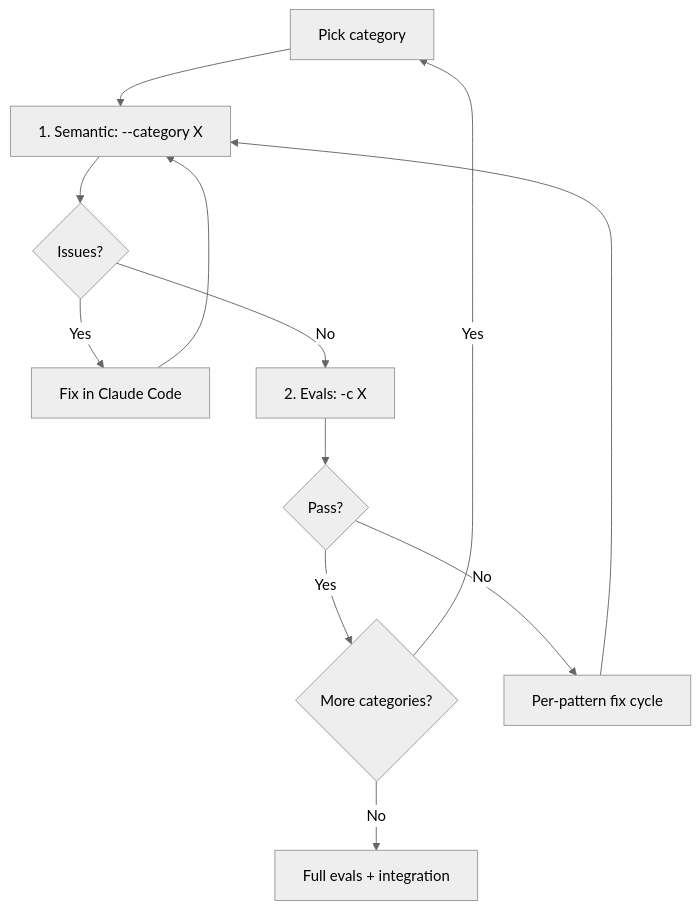
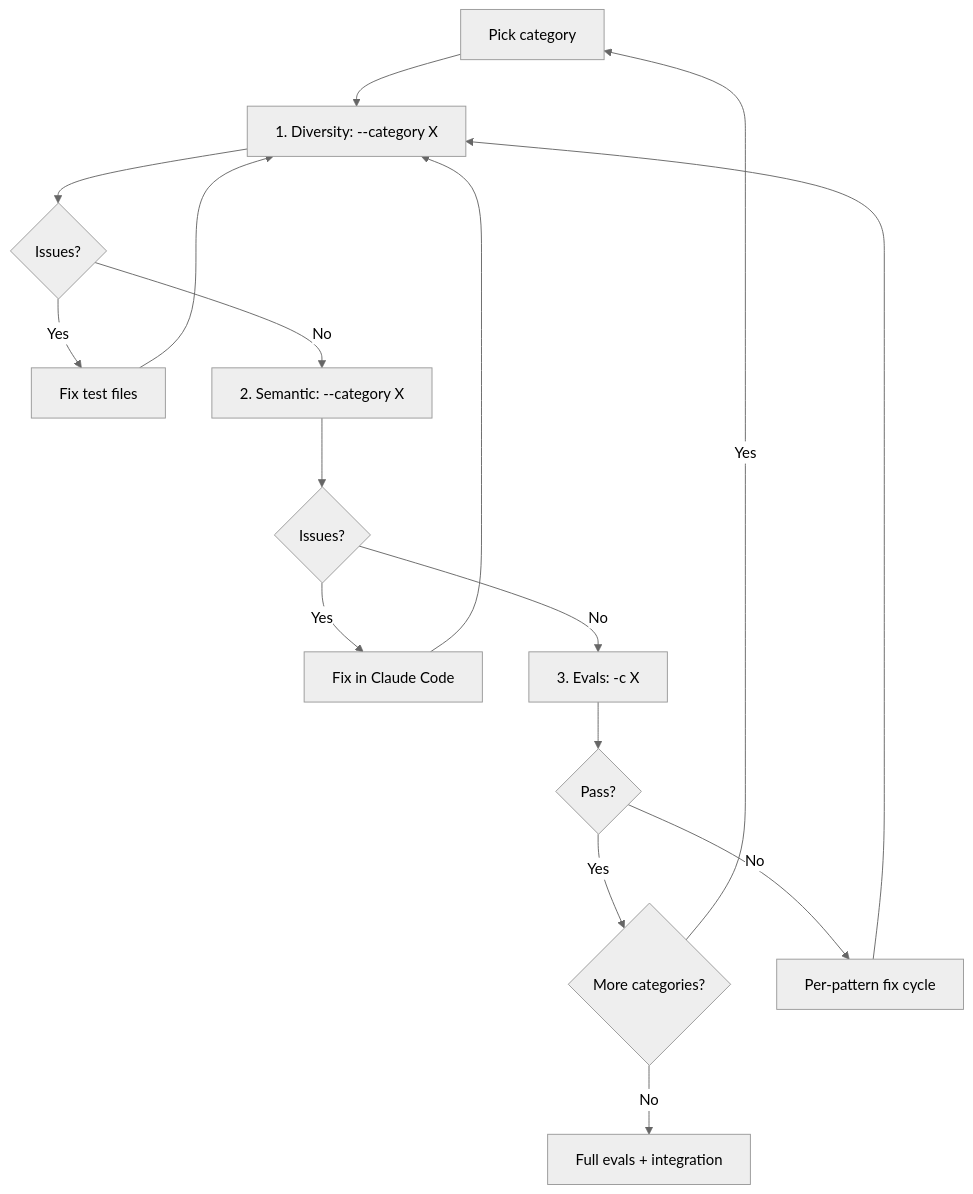
The second of 2 diagrams in docs_dev_genai/CONTINUOUS_IMPROVEMENT.md (ssamsonau/scicode-lint), drawn with Mermaid (neutral theme) before and after one commit. The commit also changed other lines of this file and 465 other files, not shown here.

Commit message:
v0.2.1: analyze command, name-based detection, full pattern review

````diff
--- a/docs_dev_genai/CONTINUOUS_IMPROVEMENT.md
+++ b/docs_dev_genai/CONTINUOUS_IMPROVEMENT.md
@@ -99,14 +116,18 @@
 ```mermaid
 flowchart TD
-    A[Pick category] --> B[1. Semantic: --category X]
+    A[Pick category] --> B[1. Diversity: --category X]
     B --> C{Issues?}
-    C -->|Yes| D[Fix in Claude Code]
-    C -->|No| E[2. Evals: -c X]
+    C -->|Yes| D[Fix test files]
+    C -->|No| E[2. Semantic: --category X]
     D --> B
-    E --> F{Pass?}
-    F -->|Yes| G{More categories?}
-    F -->|No| H[Per-pattern fix cycle]
-    H --> B
-    G -->|Yes| A
-    G -->|No| I[Full evals + integration]
+    E --> F{Issues?}
+    F -->|Yes| G[Fix in Claude Code]
+    F -->|No| H[3. Evals: -c X]
+    G --> B
+    H --> I{Pass?}
+    I -->|Yes| J{More categories?}
+    I -->|No| K[Per-pattern fix cycle]
+    K --> B
+    J -->|Yes| A
+    J -->|No| L[Full evals + integration]
 ```
````
